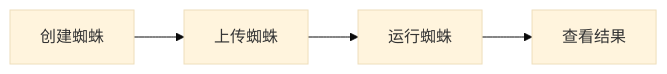
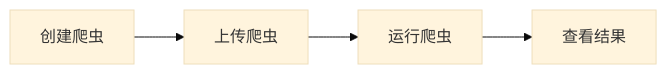
The first of 2 diagrams in packages/v0.7/i18n/zh/docusaurus-plugin-content-docs/current/guides/spider/index.md (crawlab-team/crawlab-docs), drawn with Mermaid (base theme) before and after one commit. The commit also changed other lines of this file and 40 other files, not shown here.

````diff
--- a/packages/v0.7/i18n/zh/docusaurus-plugin-content-docs/current/guides/spider/index.md
+++ b/packages/v0.7/i18n/zh/docusaurus-plugin-content-docs/current/guides/spider/index.md
@@ -18,6 +18,6 @@
 ```mermaid
 graph LR
-  A[创建蜘蛛] --> B[上传蜘蛛]
-  B --> C[运行蜘蛛]
+  A[创建爬虫] --> B[上传爬虫]
+  B --> C[运行爬虫]
   C --> D[查看结果]
 ```
````
